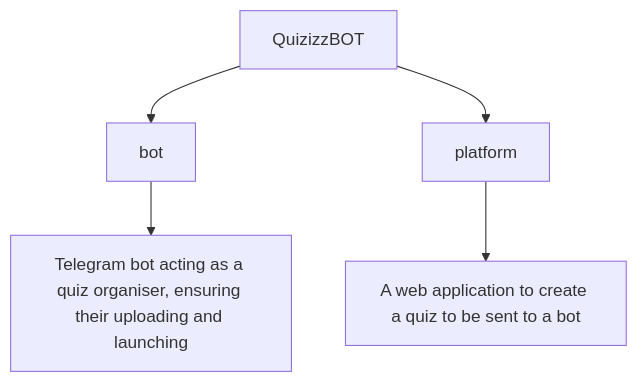
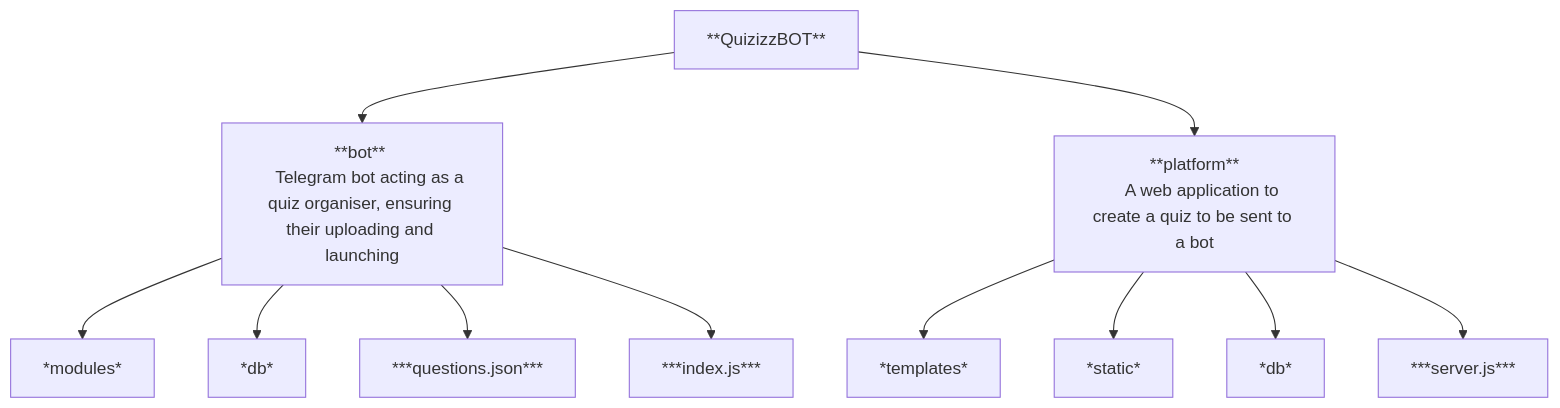
One commit to FeliksNovoselskyi/QuizizzBOT changed the diagram in readme.md. Above: the diagram before and after it, drawn with Mermaid.

Commit message:
[readme] update project structure

````diff
--- a/readme.md
+++ b/readme.md
@@ -97,5 +97,14 @@
 ```mermaid
 graph TD;
-    A[QuizizzBOT] --> B[bot] --> C[Telegram bot acting as a quiz organiser, ensuring their uploading and launching];
-    A --> D[platform] --> E[A web application to create a quiz to be sent to a bot];
+    A[**QuizizzBOT**] --> B[**bot** 
+    Telegram bot acting as a quiz organiser, ensuring their uploading and launching] --> b1[*modules*];
+    B --> b2[*db*];
+    B --> b3[***questions.json***];
+    B --> b4[***index.js***];
+
+    A --> D[**platform**
+    A web application to create a quiz to be sent to a bot] --> d1[*templates*];
+    D --> d2[*static*];
+    D --> d3[*db*];
+    D --> d4[***server.js***];
 ```
````
